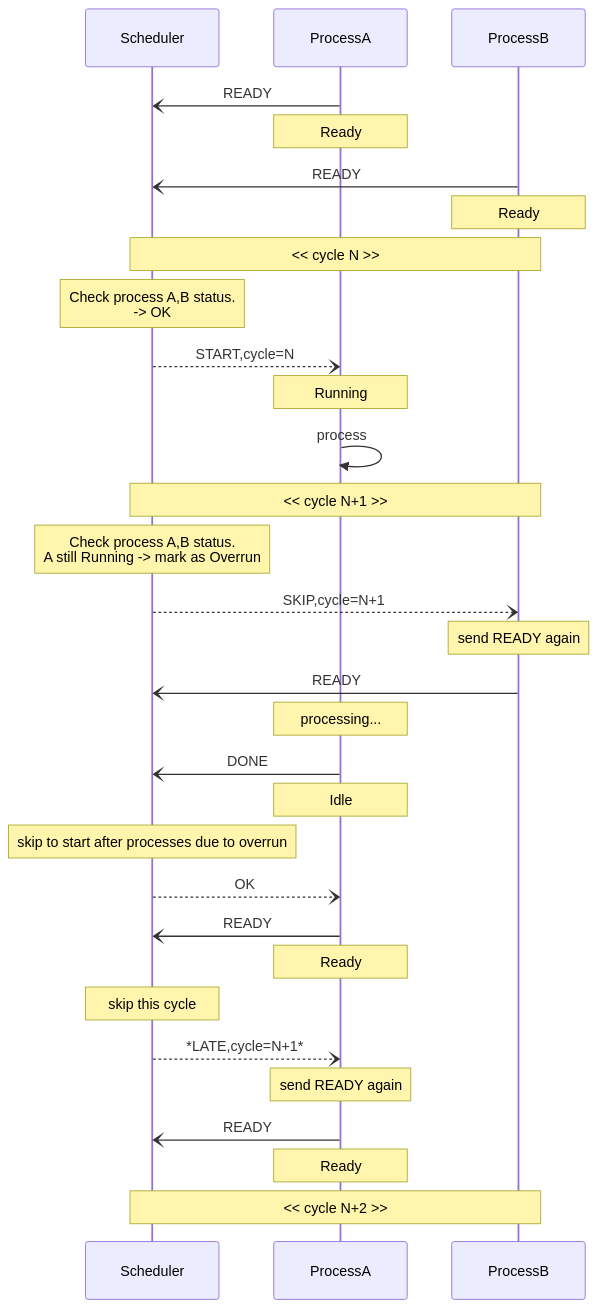
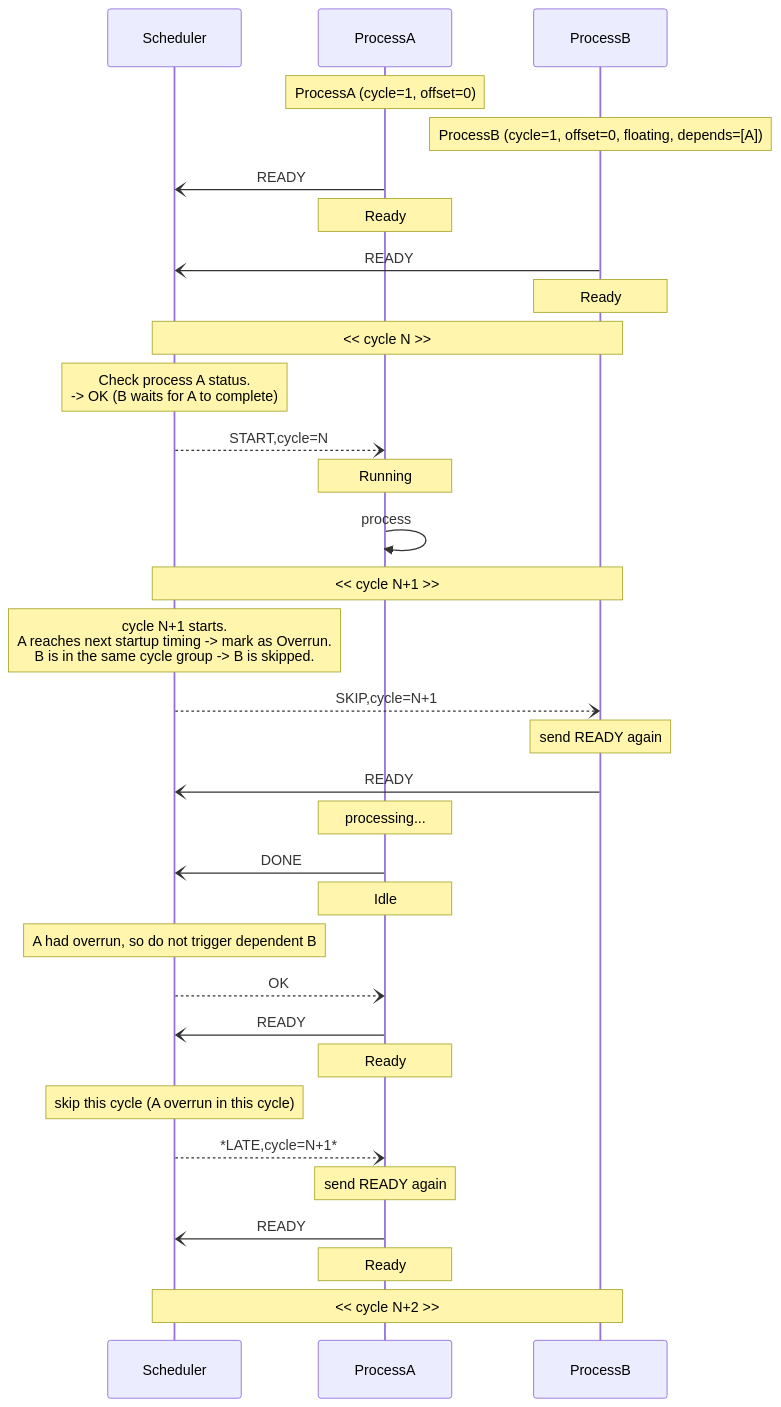
The first of 4 diagrams in docs/message-sequence-skip.md (nao-kawano/ritsu-scheduler), drawn with Mermaid before and after one commit. The commit also changed other lines of this file and 2 other files, not shown here.

First line of the commit message:
docs: update specifications for autonomous skip and co-scheduling sync

````diff
--- a/docs/message-sequence-skip.md
+++ b/docs/message-sequence-skip.md
@@ -25,42 +35,45 @@
 ```mermaid
 sequenceDiagram
   participant S as Scheduler
   participant A as ProcessA
   participant B as ProcessB
+
+  Note over A: ProcessA (cycle=1, offset=0)
+  Note over B: ProcessB (cycle=1, offset=0, floating, depends=[A])
 
   A -) S: READY
   Note over A: Ready
   B -) S: READY
   Note over B: Ready
 
 Note over S,B: << cycle N >>
 
-  Note over S: Check process A,B status.<br />-> OK
+  Note over S: Check process A status.<br />-> OK (B waits for A to complete)
   S --) A: START,cycle=N
   Note over A: Running
   A ->> A: process
 
 Note over S,B: << cycle N+1 >>
-  Note over S: Check process A,B status.<br />A still Running -> mark as Overrun
+  Note over S: cycle N+1 starts.<br />A reaches next startup timing -> mark as Overrun.<br />B is in the same cycle group -> B is skipped.
 
   S --) B: SKIP,cycle=N+1
   Note over B: send READY again
   B -) S: READY
 
   Note over A: processing...
   A -) S: DONE
   Note over A: Idle
-  Note over S: skip to start after processes due to overrun
+  Note over S: A had overrun, so do not trigger dependent B
   S --) A: OK
 
   A -) S: READY
   Note over A: Ready
-  Note over S: skip this cycle
+  Note over S: skip this cycle (A overrun in this cycle)
   S --) A: *LATE,cycle=N+1*
     Note over A: send READY again
 
   A -) S: READY
   Note over A: Ready
 
 Note over S,B: << cycle N+2 >>
 ```
````
